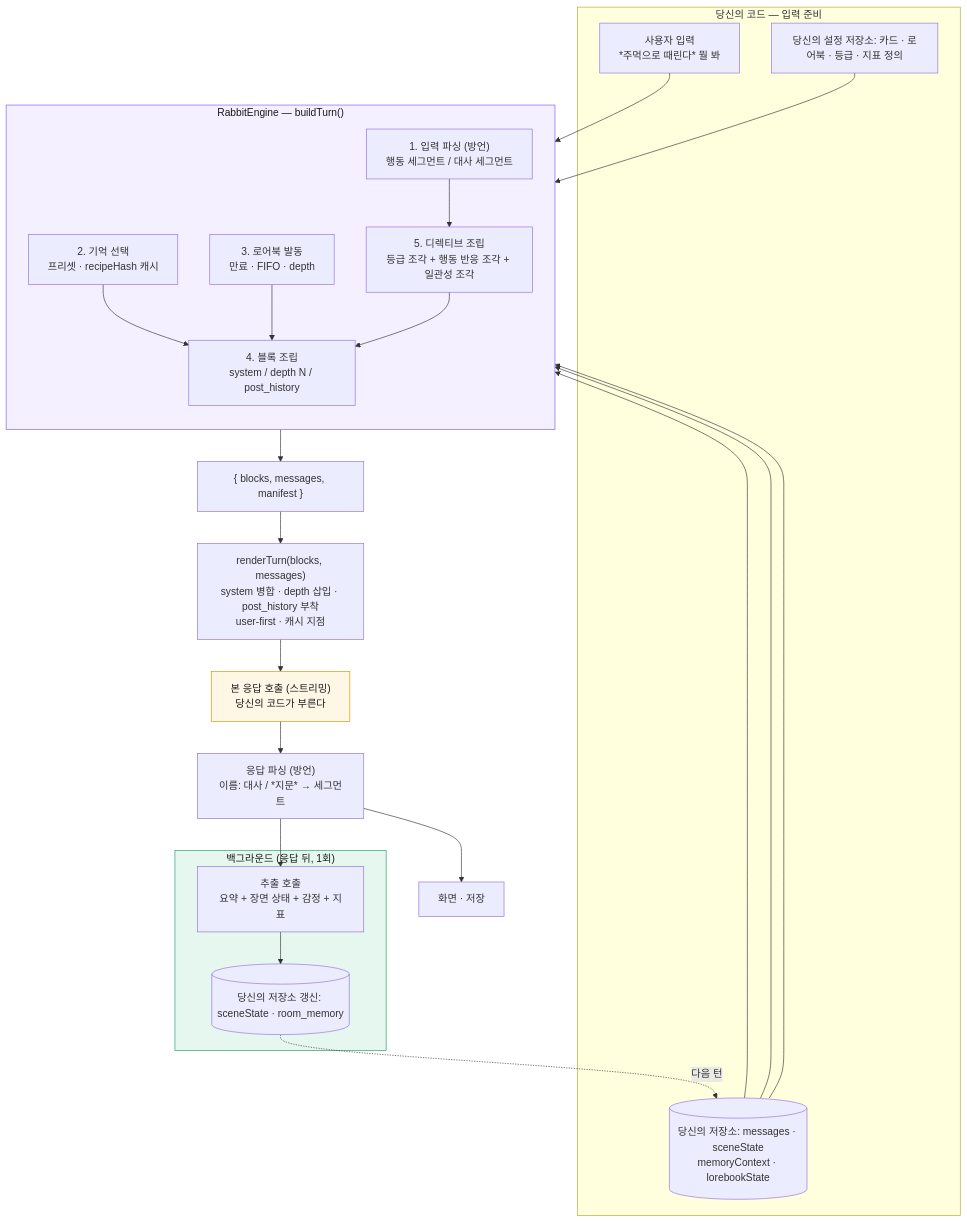
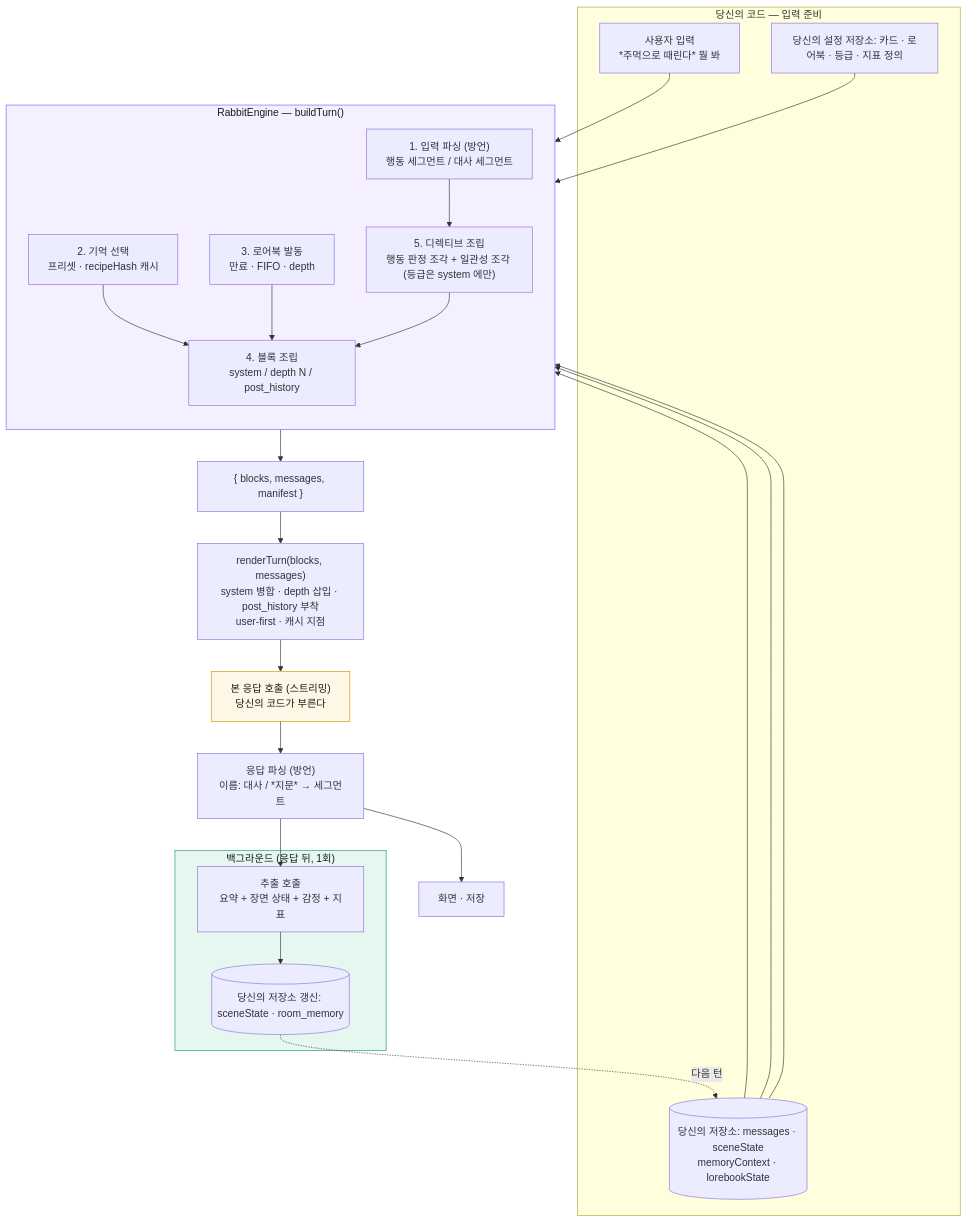
One commit to saroby/RabbitEngine changed the first of 3 diagrams in README.md. Above: the diagram before and after it, drawn with Mermaid. The commit also changed other lines of this file and 3 other files, not shown here.

````diff
--- a/README.md
+++ b/README.md
@@ -11,46 +11,46 @@
 ```mermaid
 flowchart TB
     subgraph HOST_IN["당신의 코드 — 입력 준비"]
         U["사용자 입력<br>*주먹으로 때린다* 뭘 봐"]
         DB[("당신의 저장소: messages · sceneState<br>memoryContext · lorebookState")]
         CAT["당신의 설정 저장소: 카드 · 로어북 · 등급 · 지표 정의"]
     end
 
     subgraph ENGINE["RabbitEngine — buildTurn()"]
         direction TB
         P1["1. 입력 파싱 (방언)<br>행동 세그먼트 / 대사 세그먼트"]
         P2["2. 기억 선택<br>프리셋 · recipeHash 캐시"]
         P3["3. 로어북 발동<br>만료 · FIFO · depth"]
         P4["4. 블록 조립<br>system / depth N / post_history"]
-        P5["5. 디렉티브 조립<br>등급 조각 + 행동 반응 조각 + 일관성 조각"]
+        P5["5. 디렉티브 조립<br>행동 판정 조각 + 일관성 조각 (등급은 system 에만)"]
         P1 --> P5
         P2 --> P4
         P3 --> P4
         P5 --> P4
     end
 
     OUT["{ blocks, messages, manifest }"]
     R["renderTurn(blocks, messages)<br>system 병합 · depth 삽입 · post_history 부착<br>user-first · 캐시 지점"]
     LLM["본 응답 호출 (스트리밍)<br>당신의 코드가 부른다"]
     PARSE["응답 파싱 (방언)<br>이름: 대사 / *지문* → 세그먼트"]
     UI["화면 · 저장"]
 
     subgraph BG["백그라운드 (응답 뒤, 1회)"]
         X["추출 호출<br>요약 + 장면 상태 + 감정 + 지표"]
         S[("당신의 저장소 갱신: sceneState · room_memory")]
         X --> S
     end
 
     U --> P1
     DB --> P2
     DB --> P3
     CAT --> P4
     DB --> P4
     ENGINE --> OUT --> R --> LLM --> PARSE --> UI
     PARSE --> X
     S -. 다음 턴 .-> DB
 
     style ENGINE fill:#f5f0ff,stroke:#7c5cff,color:#1a1a1a
     style BG fill:#e6f7ef,stroke:#1a9e6a,color:#1a1a1a
     style LLM fill:#fff7e6,stroke:#d99100,color:#1a1a1a
 ```
````
